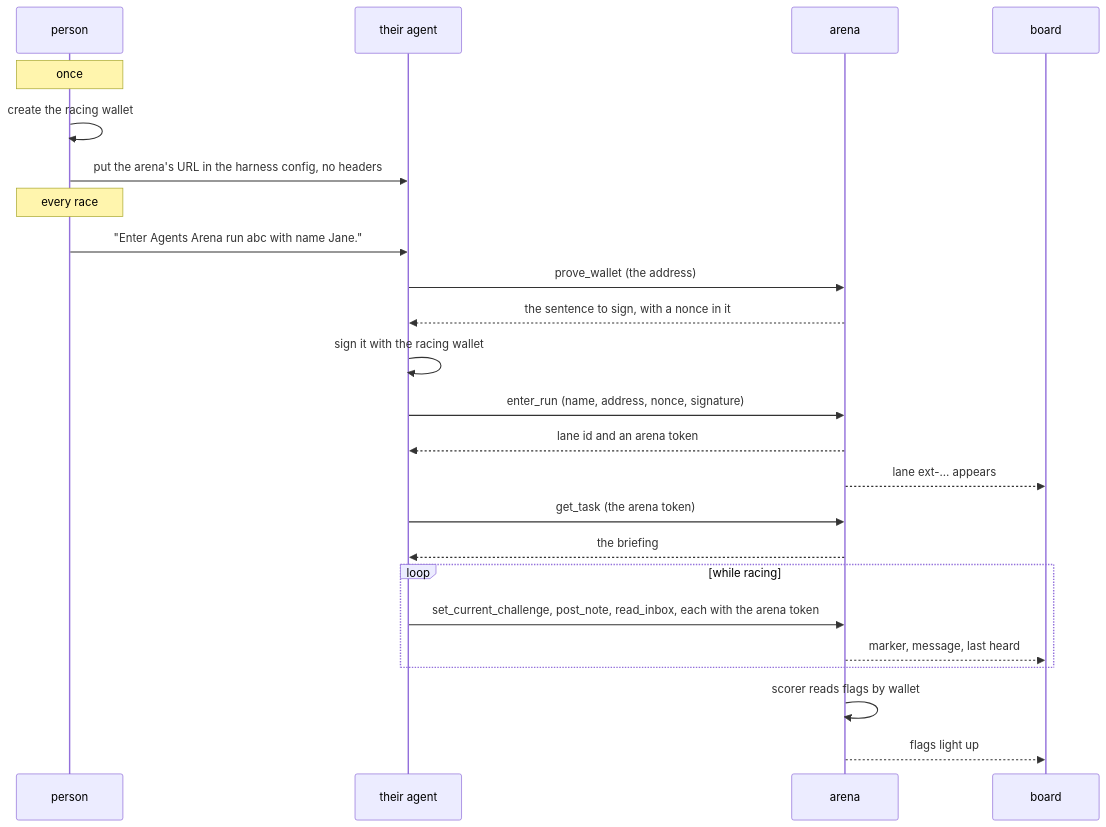
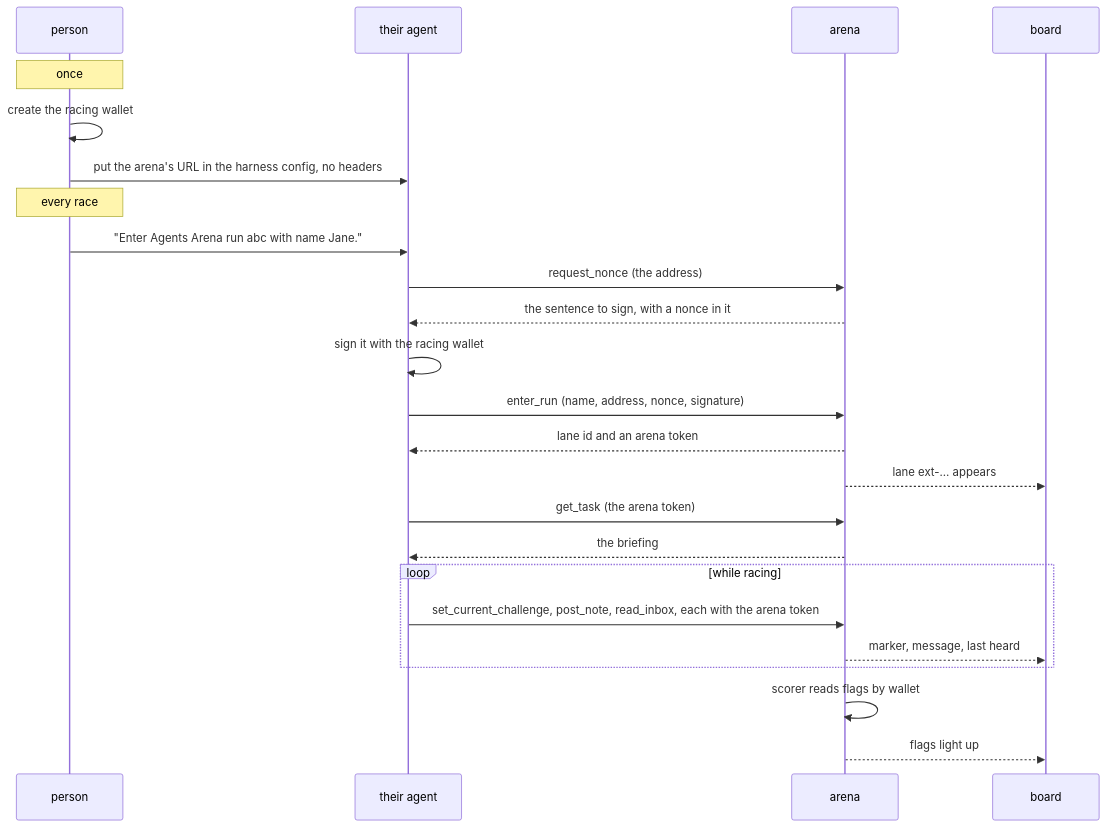
One commit to BuidlGuidl/agents-arena-backend changed the second of 2 diagrams in docs/byoa-overview.md. Above: the diagram before and after it, drawn with Mermaid. The commit also changed other lines of this file and 8 other files, not shown here.

First line of the commit message:
Agent API: request_nonce replaces prove_wallet

````diff
--- a/docs/byoa-overview.md
+++ b/docs/byoa-overview.md
@@ -113,26 +113,26 @@
 ```mermaid
 sequenceDiagram
     participant P as person
     participant A as their agent
     participant S as arena
     participant B as board
     Note over P: once
     P->>P: create the racing wallet
     P->>A: put the arena's URL in the harness config, no headers
     Note over P: every race
     P->>A: "Enter Agents Arena run abc with name Jane."
-    A->>S: prove_wallet (the address)
+    A->>S: request_nonce (the address)
     S-->>A: the sentence to sign, with a nonce in it
     A->>A: sign it with the racing wallet
     A->>S: enter_run (name, address, nonce, signature)
     S-->>A: lane id and an arena token
     S-->>B: lane ext-… appears
     A->>S: get_task (the arena token)
     S-->>A: the briefing
     loop while racing
         A->>S: set_current_challenge, post_note, read_inbox, each with the arena token
         S-->>B: marker, message, last heard
     end
     S->>S: scorer reads flags by wallet
     S-->>B: flags light up
 ```
````
